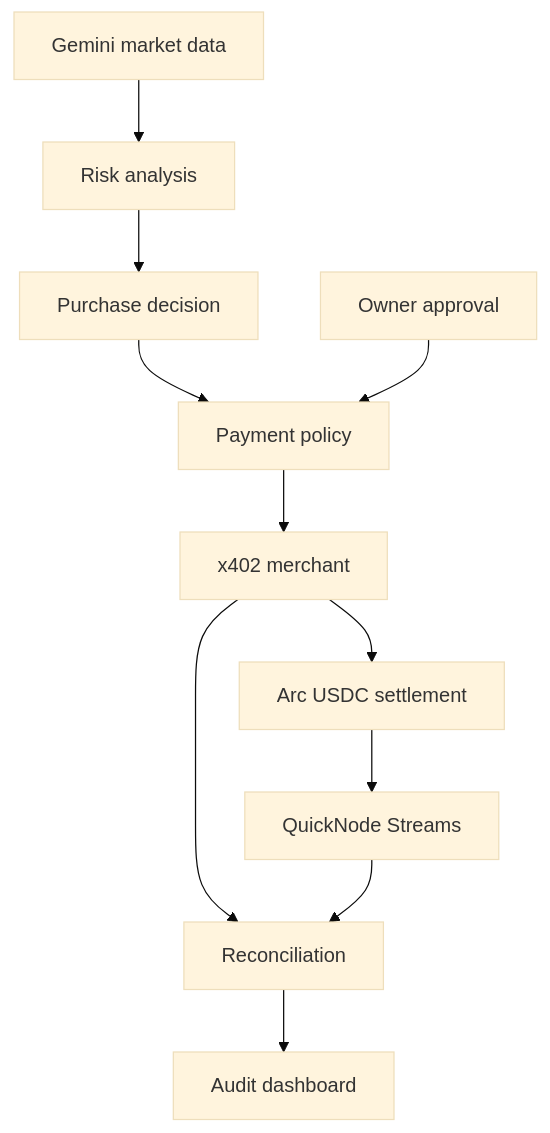
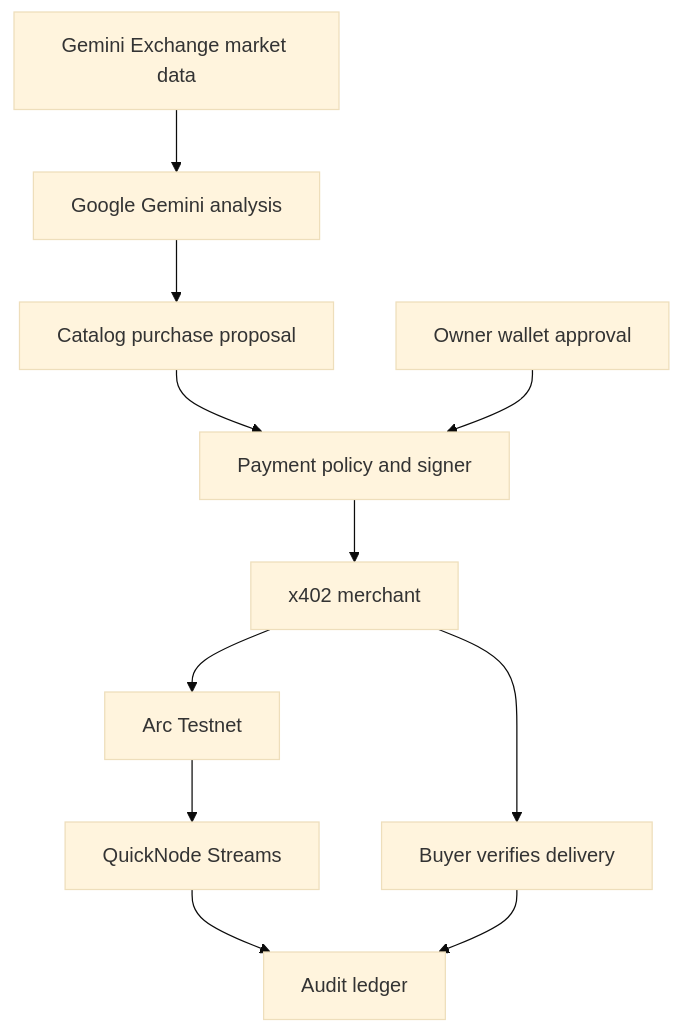
The diagram in README.md (ubc-2026/verity), drawn with Mermaid (base theme) before and after one commit. The commit also changed other lines of this file, not shown here.

````diff
--- a/README.md
+++ b/README.md
@@ -19,13 +20,13 @@
-~~~mermaid
+```mermaid
 flowchart TD
-    M["Gemini market data"] --> R["Risk analysis"]
-    R --> D["Purchase decision"]
-    D --> P["Payment policy"]
-    H["Owner approval"] --> P
-    P --> X["x402 merchant"]
-    X --> C["Arc USDC settlement"]
-    X --> A["Reconciliation"]
-    C --> Q["QuickNode Streams"]
-    Q --> A
-    A --> V["Audit dashboard"]
-~~~
+    Market["Gemini Exchange market data"] --> Analysis["Google Gemini analysis"]
+    Analysis --> Proposal["Catalog purchase proposal"]
+    Proposal --> Policy["Payment policy and signer"]
+    Owner["Owner wallet approval"] --> Policy
+    Policy --> Merchant["x402 merchant"]
+    Merchant --> Arc["Arc Testnet"]
+    Merchant --> Delivery["Buyer verifies delivery"]
+    Arc --> Stream["QuickNode Streams"]
+    Stream --> Ledger["Audit ledger"]
+    Delivery --> Ledger
+```
````
